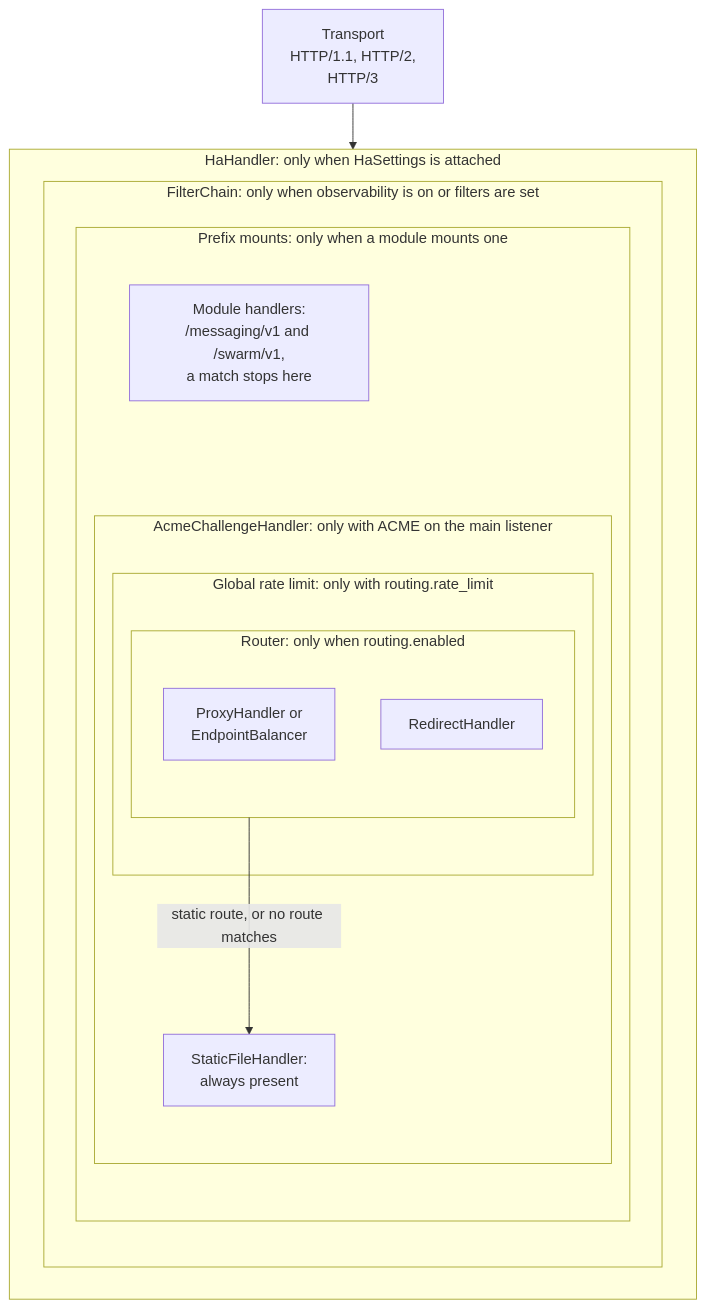
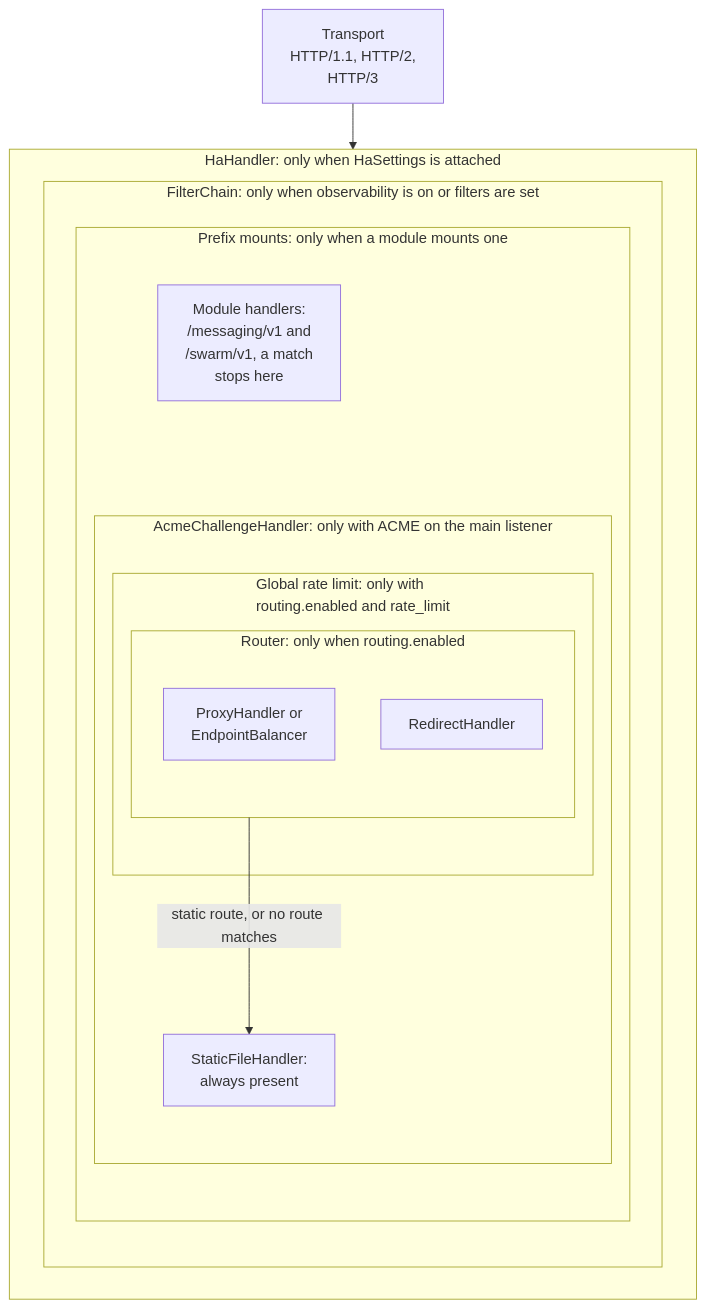
Before and after one commit to BlivionIaG/sjws_nettask: the third of 5 diagrams in docs/design/architecture.md, drawn with Mermaid. The commit also changed other lines of this file and 19 other files, not shown here.

First line of the commit message:
docs: fix the diagrams the fact-check found imprecise

````diff
--- a/docs/design/architecture.md
+++ b/docs/design/architecture.md
@@ -112,23 +112,23 @@
 ```mermaid
 flowchart TB
     t["Transport<br/>HTTP/1.1, HTTP/2,<br/>HTTP/3"] --> ha
 
     subgraph ha["HaHandler: only when HaSettings is attached"]
         subgraph fc["FilterChain: only when observability is on or filters are set"]
             subgraph pm["Prefix mounts: only when a module mounts one"]
-                mod["Module handlers:<br/>/messaging/v1 and /swarm/v1,<br/>a match stops here"]
+                mod["Module handlers:<br/>/messaging/v1 and<br/>/swarm/v1, a match<br/>stops here"]
                 subgraph ac["AcmeChallengeHandler: only with ACME on the main listener"]
-                    subgraph rl["Global rate limit: only with routing.rate_limit"]
+                    subgraph rl["Global rate limit: only with<br/>routing.enabled and rate_limit"]
                         subgraph rt["Router: only when routing.enabled"]
                             px["ProxyHandler or<br/>EndpointBalancer"]
                             rd["RedirectHandler"]
                         end
                     end
                     sf["StaticFileHandler:<br/>always present"]
                     rt -->|"static route, or no route matches"| sf
                 end
                 mod ~~~ px
             end
         end
     end
 ```
````
